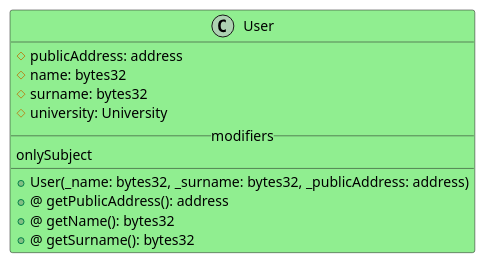
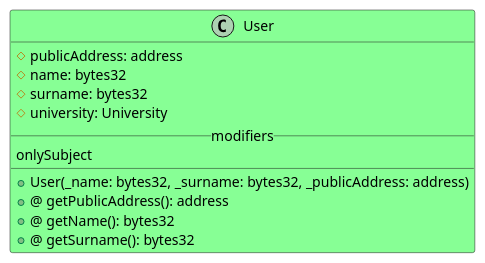
Before and after one commit to M9k/Marvin-Uml: the diagram in Solidity/Contracts/User.iuml, drawn with PlantUML. The commit also changed 9 other files, not shown here.

```diff
--- a/Solidity/Contracts/User.iuml
+++ b/Solidity/Contracts/User.iuml
@@ -1,16 +1,16 @@
 @startuml
 
-class User #LightGreen {
+class User #87FF95 {
 # publicAddress: address
 # name: bytes32
 # surname: bytes32
 # university: University
 __modifiers__
 onlySubject
 __
 + User(_name: bytes32, _surname: bytes32, _publicAddress: address)
 +@ getPublicAddress(): address
 +@ getName(): bytes32
 +@ getSurname(): bytes32
 }
 @enduml
```
